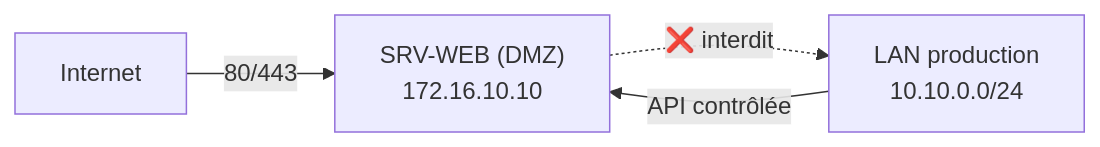
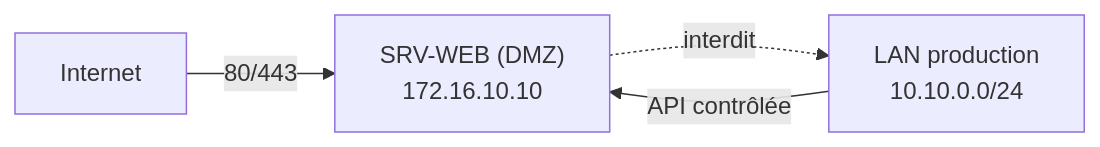
The fourth of 6 diagrams in README.md (Orka16/Fiducis-Groupe-4), drawn with Mermaid before and after one commit. The commit also changed other lines of this file, not shown here.

First line of the commit message:
Revise flowchart and update table values in README

````diff
--- a/README.md
+++ b/README.md
@@ -888,6 +888,6 @@
 ```mermaid
 flowchart LR
     INET["Internet"] -->|"80/443"| WEB["SRV-WEB (DMZ)<br/>172.16.10.10"]
-    WEB -.->|"❌ interdit"| LAN["LAN production<br/>10.10.0.0/24"]
+    WEB -.->|" interdit"| LAN["LAN production<br/>10.10.0.0/24"]
     LAN -->|"API contrôlée"| WEB
 ```
````
